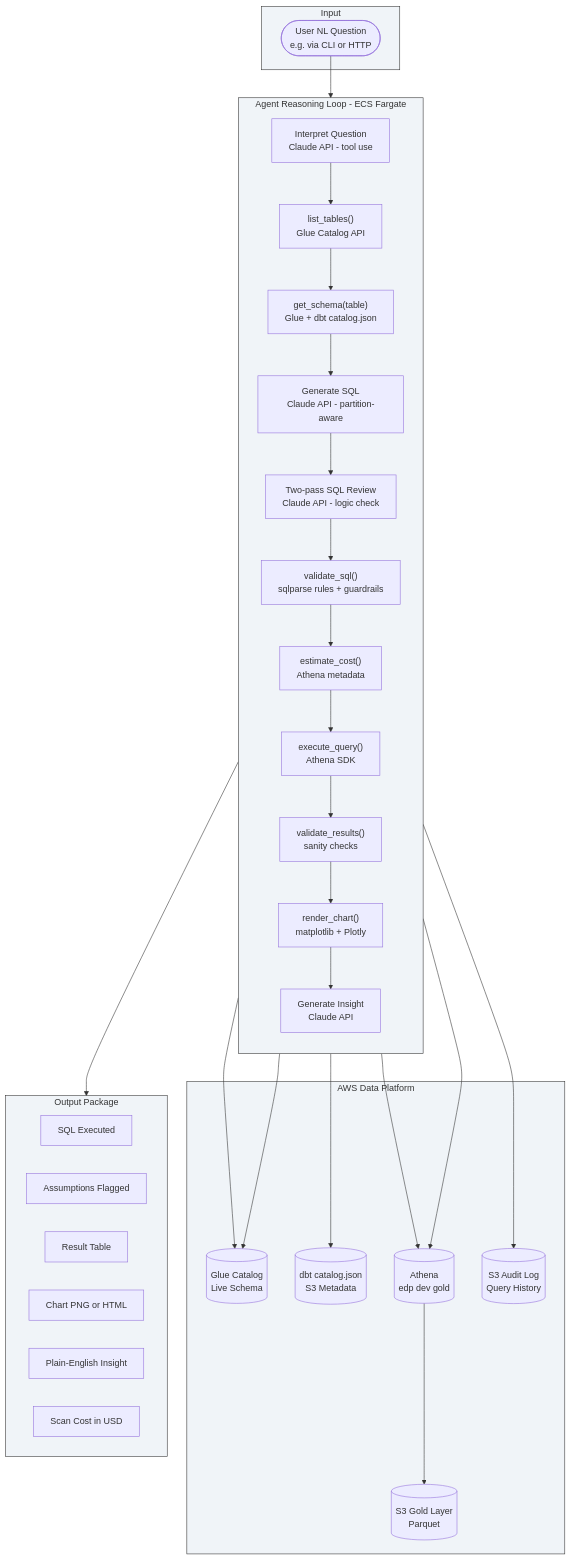
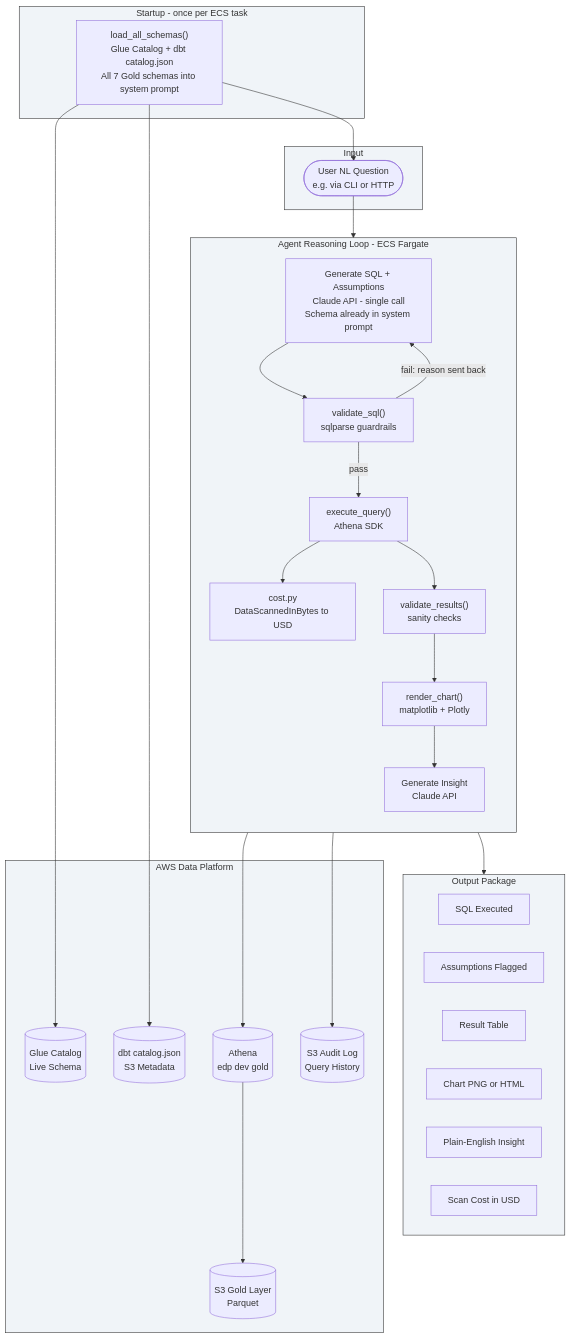
Before and after one commit to enterprise-data-platform-emeka/platform-analytics-agent: the diagram in README.md, drawn with Mermaid. The commit also changed other lines of this file and 14 other files, not shown here.

First line of the commit message:
Phase 3: schema resolver — move infra to terraform-platform-infra-live

````diff
--- a/README.md
+++ b/README.md
@@ -43,61 +43,57 @@
 ```mermaid
 flowchart TD
+    subgraph Startup ["Startup - once per ECS task"]
+        LoadSchemas["load_all_schemas()\nGlue Catalog + dbt catalog.json\nAll 7 Gold schemas into system prompt"]
+    end
+
     subgraph Input ["Input"]
         User([User NL Question\ne.g. via CLI or HTTP])
     end
 
     subgraph AgentLoop ["Agent Reasoning Loop - ECS Fargate"]
         direction TB
-        Interpret[Interpret Question\nClaude API - tool use]
-        ListTables["list_tables()\nGlue Catalog API"]
-        GetSchema["get_schema(table)\nGlue + dbt catalog.json"]
-        GenerateSQL[Generate SQL\nClaude API - partition-aware]
-        ReviewSQL[Two-pass SQL Review\nClaude API - logic check]
-        ValidateSQL["validate_sql()\nsqlparse rules + guardrails"]
-        EstimateCost["estimate_cost()\nAthena metadata"]
+        GenerateSQL["Generate SQL + Assumptions\nClaude API - single call\nSchema already in system prompt"]
+        ValidateSQL["validate_sql()\nsqlparse guardrails"]
         Execute["execute_query()\nAthena SDK"]
+        TrackCost["cost.py\nDataScannedInBytes to USD"]
         ValidateResults["validate_results()\nsanity checks"]
         RenderChart["render_chart()\nmatplotlib + Plotly"]
         Summarise[Generate Insight\nClaude API]
     end
 
     subgraph AWS ["AWS Data Platform"]
         GlueCatalog[(Glue Catalog\nLive Schema)]
         DbtArtifacts[(dbt catalog.json\nS3 Metadata)]
         Athena[(Athena\nedp dev gold)]
         S3Gold[(S3 Gold Layer\nParquet)]
         AuditLog[(S3 Audit Log\nQuery History)]
     end
 
     subgraph OutputBlock ["Output Package"]
         SQL[SQL Executed]
         Assumptions[Assumptions Flagged]
         ResultTable[Result Table]
         Chart[Chart PNG or HTML]
         Summary[Plain-English Insight]
         CostLine[Scan Cost in USD]
     end
 
-    User --> Interpret
-    Interpret --> ListTables
-    ListTables --> GlueCatalog
-    ListTables --> GetSchema
-    GetSchema --> GlueCatalog
-    GetSchema --> DbtArtifacts
-    GetSchema --> GenerateSQL
-    GenerateSQL --> ReviewSQL
-    ReviewSQL --> ValidateSQL
-    ValidateSQL --> EstimateCost
-    EstimateCost --> Athena
-    EstimateCost --> Execute
+    LoadSchemas --> GlueCatalog
+    LoadSchemas --> DbtArtifacts
+    LoadSchemas --> User
+    User --> GenerateSQL
+    GenerateSQL --> ValidateSQL
+    ValidateSQL -->|pass| Execute
+    ValidateSQL -->|fail: reason sent back| GenerateSQL
     Execute --> Athena
     Athena --> S3Gold
+    Execute --> TrackCost
     Execute --> ValidateResults
     ValidateResults --> RenderChart
     RenderChart --> Summarise
     Summarise --> OutputBlock
     Summarise --> AuditLog
 
     classDef box fill:#f0f4f8,stroke:#333,stroke-width:1px;
-    class Input,AgentLoop,AWS,OutputBlock box;
+    class Startup,Input,AgentLoop,AWS,OutputBlock box;
 ```
````
